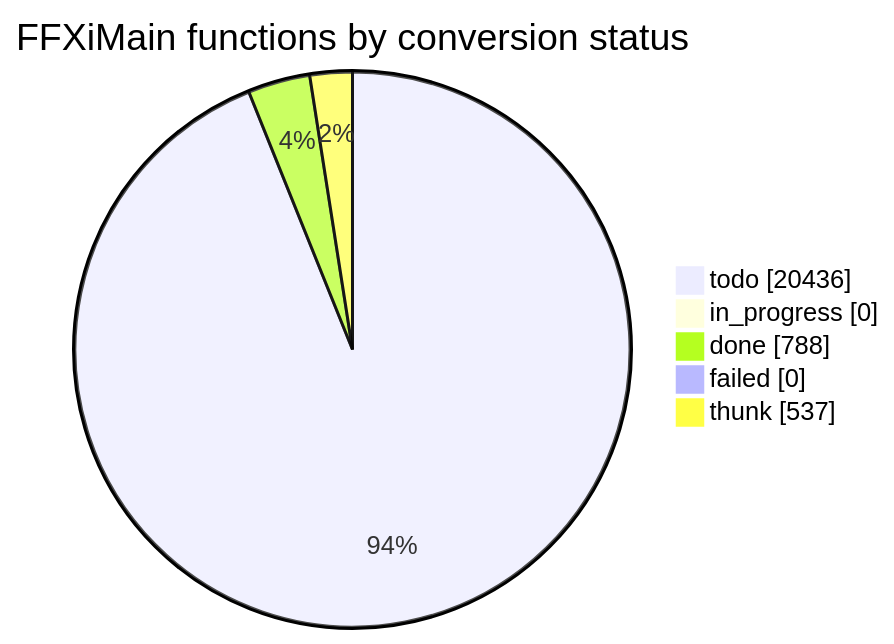
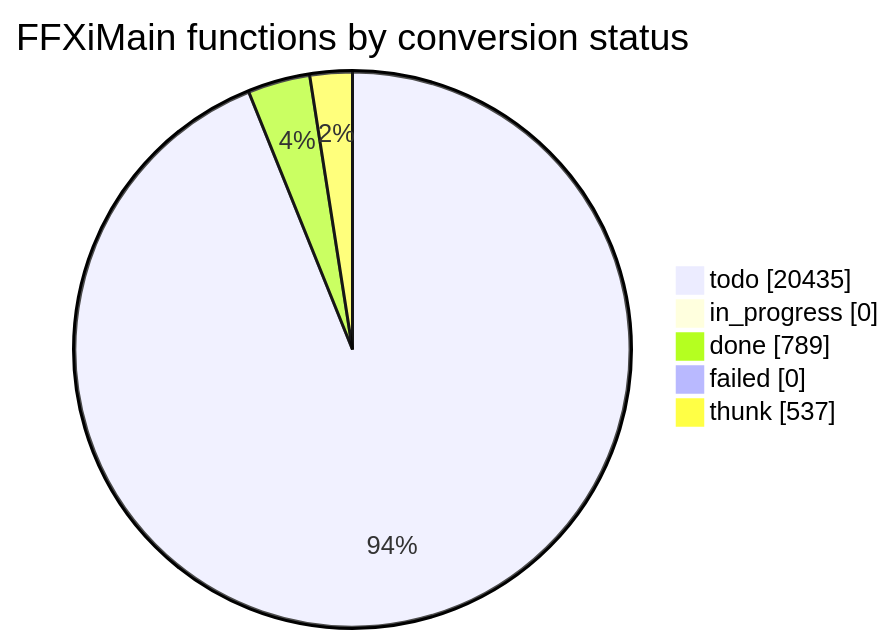
One commit to cowrevenge/cow_kuluu_xi_anything changed the diagram in docs/cow/STATUS.md. Above: the diagram before and after it, drawn with Mermaid. The commit also changed other lines of this file and 9 other files, not shown here.

````diff
--- a/docs/cow/STATUS.md
+++ b/docs/cow/STATUS.md
@@ -18,9 +18,9 @@
 ```mermaid
 pie showData
     title FFXiMain functions by conversion status
-    "todo" : 20436
+    "todo" : 20435
     "in_progress" : 0
-    "done" : 788
+    "done" : 789
     "failed" : 0
     "thunk" : 537
 ```
````
